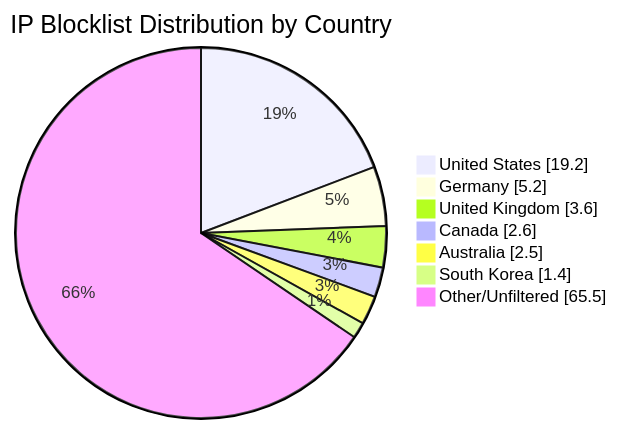
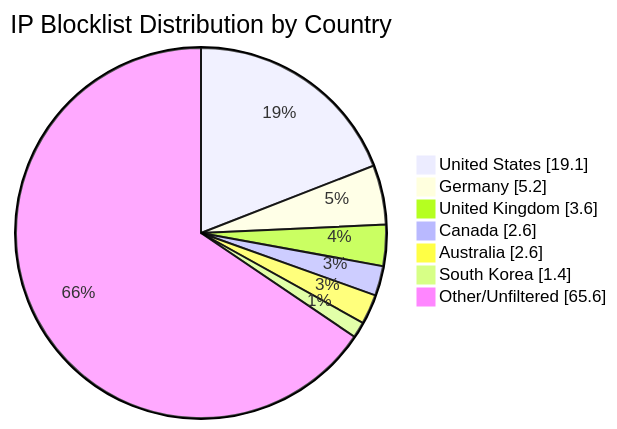
One commit to MarcusHoltz/ipblocklist-geofiltered-aggregator changed the diagram in README.md. Above: the diagram before and after it, drawn with Mermaid. The commit also changed other lines of this file and 9 other files, not shown here.

````diff
--- a/README.md
+++ b/README.md
@@ -34,10 +34,10 @@
 ```mermaid
 pie showData title IP Blocklist Distribution by Country
-"United States" : 19.2
+"United States" : 19.1
 "Germany" : 5.2
 "United Kingdom" : 3.6
 "Canada" : 2.6
-"Australia" : 2.5
+"Australia" : 2.6
 "South Korea" : 1.4
-"Other/Unfiltered" : 65.5
+"Other/Unfiltered" : 65.6
 ```
````
